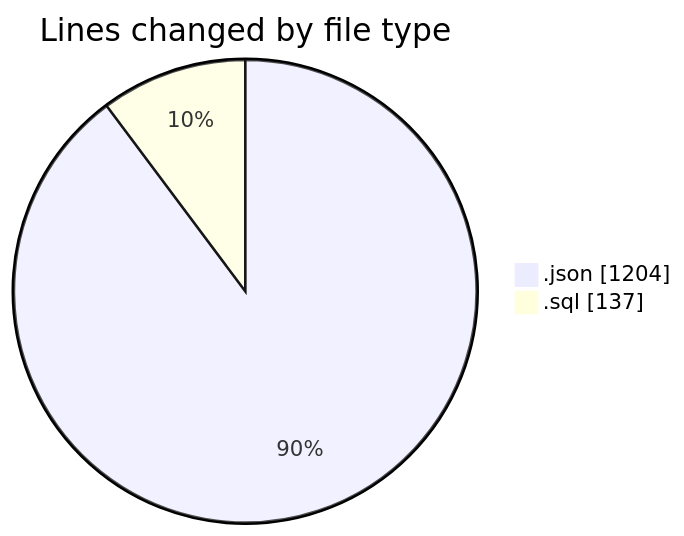
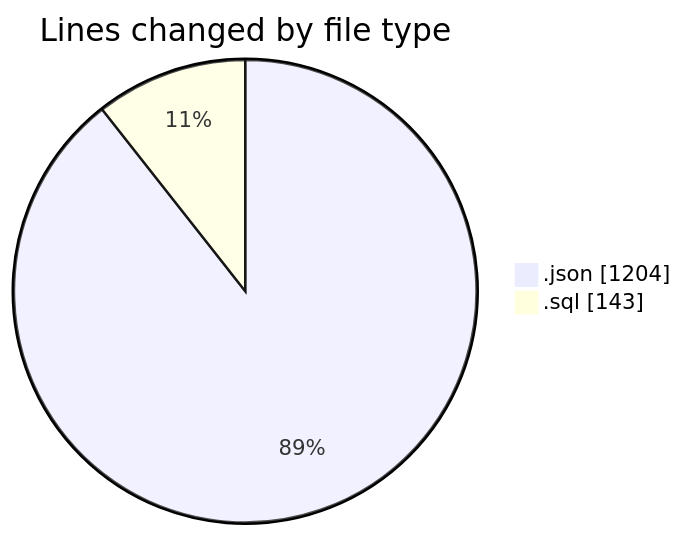
Before and after one commit to ricardozamudiocil/code-tracking: the first of 2 diagrams in 2026-06-16/cilapp/README.md, drawn with Mermaid. The commit also changed other lines of this file and 1 other file, not shown here.

````diff
--- a/2026-06-16/cilapp/README.md
+++ b/2026-06-16/cilapp/README.md
@@ -22,6 +22,6 @@
 ```mermaid
 pie showData
 title Lines changed by file type
 ".json" : 1204
-".sql" : 137
+".sql" : 143
 ```
````
